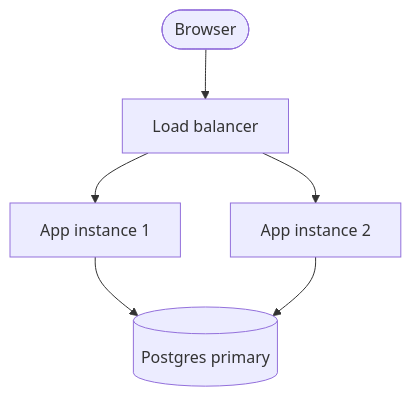
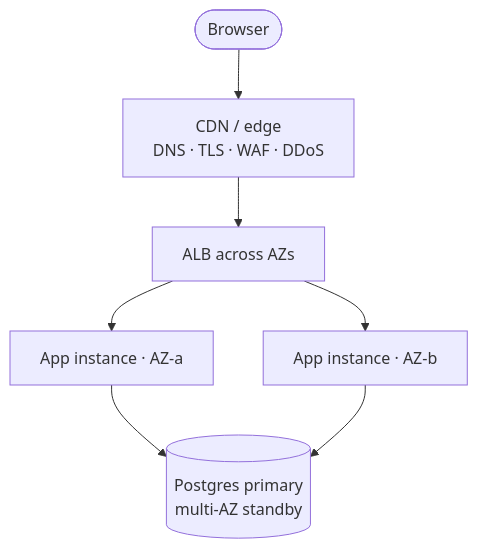
One commit to jdelpino-dev/reverb_code_extension_jmd changed the second of 8 diagrams in systems-design-interview/01-01-tinyurl-walkthrough.md. Above: the diagram before and after it, drawn with Mermaid. The commit also changed other lines of this file, not shown here.

````diff
--- a/systems-design-interview/01-01-tinyurl-walkthrough.md
+++ b/systems-design-interview/01-01-tinyurl-walkthrough.md
@@ -430,8 +681,9 @@
 ```mermaid
 flowchart TD
-  Client([Browser]) --> LB[Load balancer]
-  LB --> App1[App instance 1]
-  LB --> App2[App instance 2]
-  App1 --> PG[(Postgres primary)]
+  Client([Browser]) --> CDN[CDN / edge<br/>DNS · TLS · WAF · DDoS]
+  CDN --> LB[ALB across AZs]
+  LB --> App1[App instance · AZ-a]
+  LB --> App2[App instance · AZ-b]
+  App1 --> PG[(Postgres primary<br/>multi-AZ standby)]
   App2 --> PG
 ```
````
